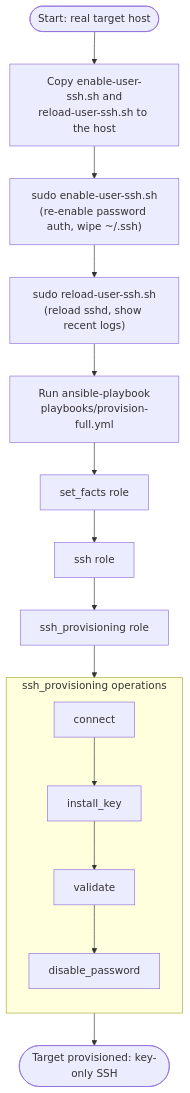
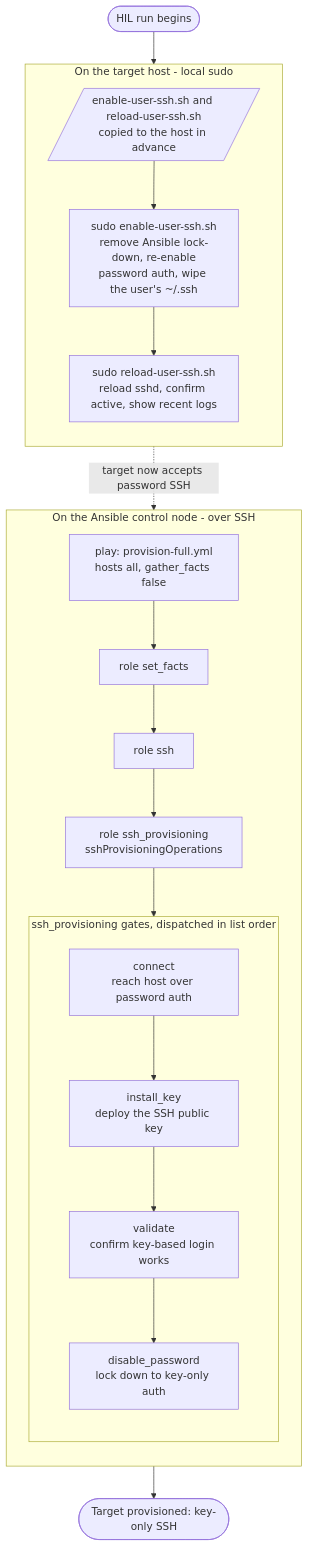
Before and after one commit to kopecn/my-galaxy-playbooks: the diagram in hil/scripts/provisioning-ssh/readme.md, drawn with Mermaid. The commit also changed 6 other files, not shown here.

````diff
--- a/hil/scripts/provisioning-ssh/readme.md
+++ b/hil/scripts/provisioning-ssh/readme.md
@@ -9,20 +9,36 @@
 ```mermaid
 flowchart TD
-    A([Start: real target host]) --> B[Copy enable-user-ssh.sh and<br/>reload-user-ssh.sh to the host]
-    B --> C["sudo enable-user-ssh.sh<br/>(re-enable password auth, wipe ~/.ssh)"]
-    C --> D["sudo reload-user-ssh.sh<br/>(reload sshd, show recent logs)"]
-    D --> E[Run ansible-playbook<br/>playbooks/provision-full.yml]
-    E --> F[set_facts role]
-    F --> G[ssh role]
-    G --> H[ssh_provisioning role]
+    start([HIL run begins])
 
-    subgraph OPS[ssh_provisioning operations]
+    subgraph TARGET[On the target host - local sudo]
         direction TB
-        H1[connect] --> H2[install_key]
-        H2 --> H3[validate]
-        H3 --> H4[disable_password]
+        copy[/enable-user-ssh.sh and reload-user-ssh.sh<br/>copied to the host in advance/]
+        enable["sudo enable-user-ssh.sh<br/>remove Ansible lock-down, re-enable<br/>password auth, wipe the user's ~/.ssh"]
+        reload["sudo reload-user-ssh.sh<br/>reload sshd, confirm active, show recent logs"]
+        copy --> enable --> reload
     end
 
-    H --> OPS
-    OPS --> Z([Target provisioned: key-only SSH])
+    subgraph CONTROL[On the Ansible control node - over SSH]
+        direction TB
+        play["play: provision-full.yml<br/>hosts all, gather_facts false"]
+        role_facts[role set_facts]
+        role_ssh[role ssh]
+        role_prov["role ssh_provisioning<br/>sshProvisioningOperations"]
+        play --> role_facts --> role_ssh --> role_prov
+
+        subgraph GATES[ssh_provisioning gates, dispatched in list order]
+            direction TB
+            connect["connect<br/>reach host over password auth"]
+            installkey["install_key<br/>deploy the SSH public key"]
+            validate["validate<br/>confirm key-based login works"]
+            disable["disable_password<br/>lock down to key-only auth"]
+            connect --> installkey --> validate --> disable
+        end
+
+        role_prov --> GATES
+    end
+
+    start --> TARGET
+    reload -. target now accepts password SSH .-> play
+    disable --> done([Target provisioned: key-only SSH])
 ```
````
